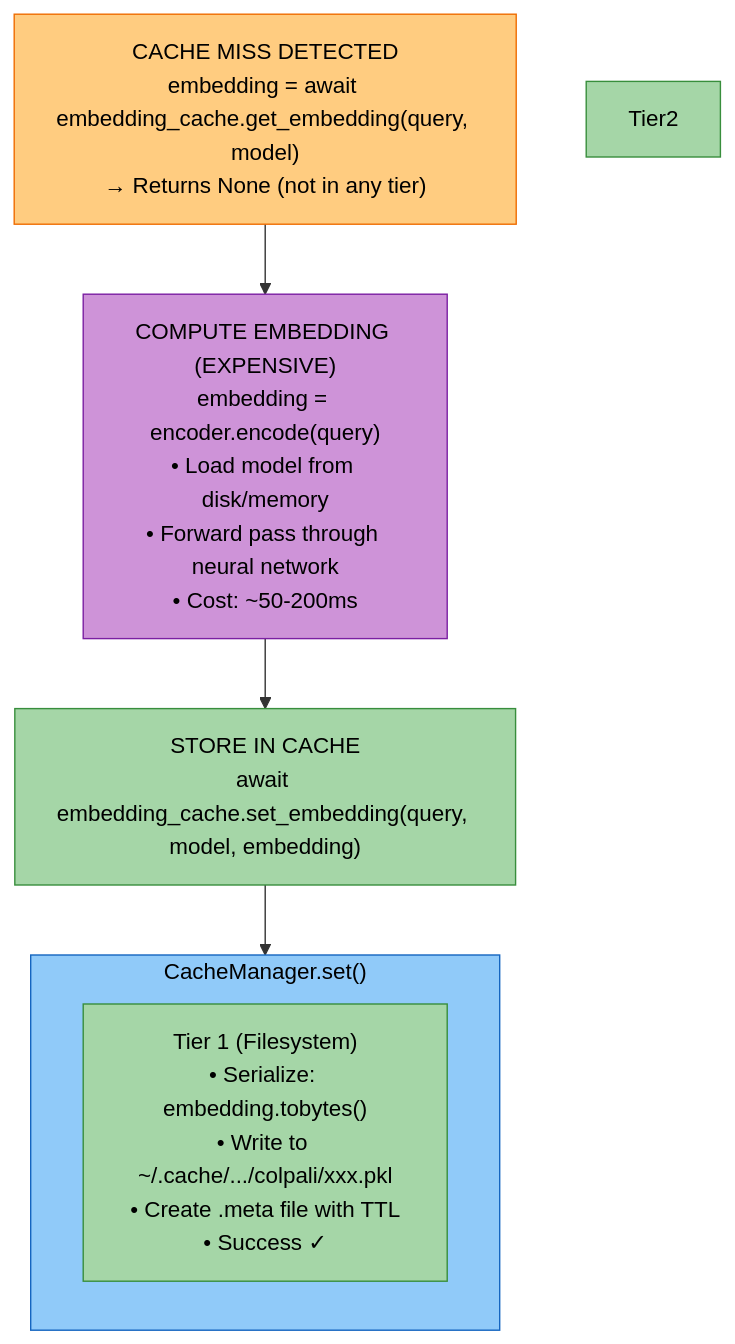
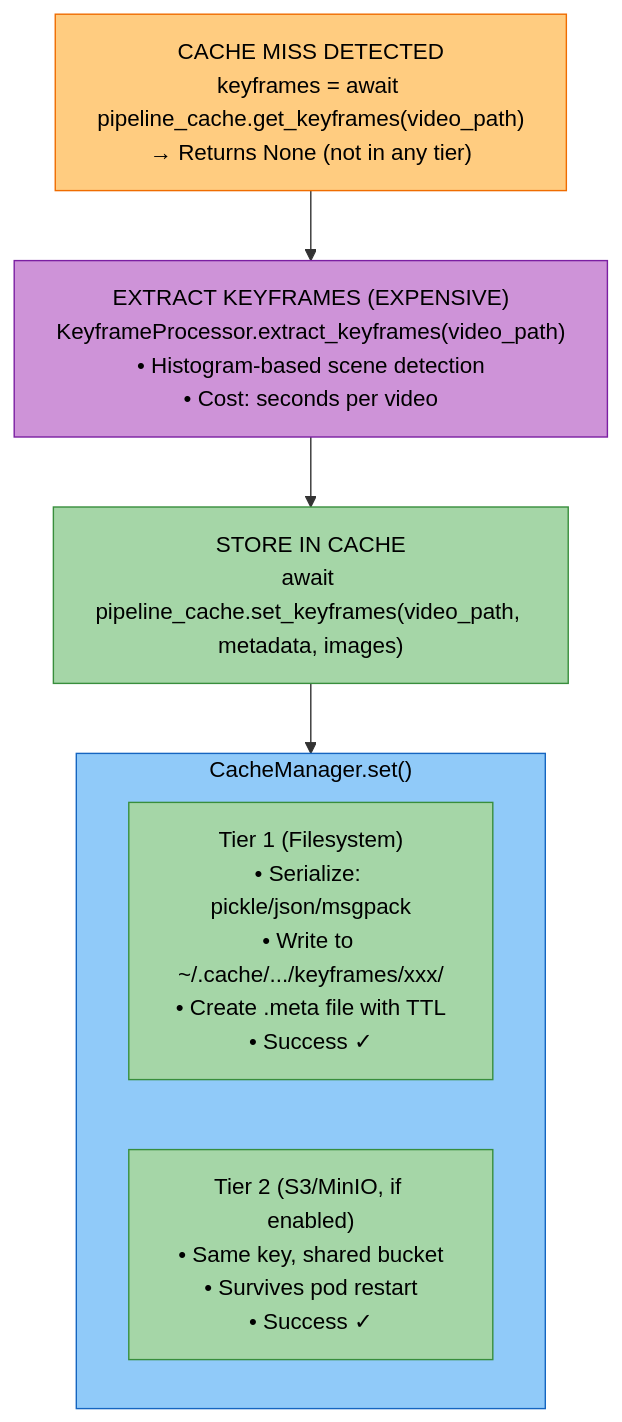
The fifth of 5 diagrams in docs/modules/cache.md (amit-jain/cogniverse), drawn with Mermaid before and after one commit. The commit also changed other lines of this file and 15 other files, not shown here.

````diff
--- a/docs/modules/cache.md
+++ b/docs/modules/cache.md
@@ -1570,23 +1521,24 @@
 ```mermaid
 flowchart TB
-    Miss["<span style='color:#000'>CACHE MISS DETECTED<br/>embedding = await embedding_cache.get_embedding(query, model)<br/>→ Returns None (not in any tier)</span>"]
+    Miss["<span style='color:#000'>CACHE MISS DETECTED<br/>keyframes = await pipeline_cache.get_keyframes(video_path)<br/>→ Returns None (not in any tier)</span>"]
 
-    Compute["<span style='color:#000'>COMPUTE EMBEDDING (EXPENSIVE)<br/>embedding = encoder.encode(query)<br/>• Load model from disk/memory<br/>• Forward pass through neural network<br/>• Cost: ~50-200ms</span>"]
+    Compute["<span style='color:#000'>EXTRACT KEYFRAMES (EXPENSIVE)<br/>KeyframeProcessor.extract_keyframes(video_path)<br/>• Histogram-based scene detection<br/>• Cost: seconds per video</span>"]
 
-    Store["<span style='color:#000'>STORE IN CACHE<br/>await embedding_cache.set_embedding(query, model, embedding)</span>"]
+    Store["<span style='color:#000'>STORE IN CACHE<br/>await pipeline_cache.set_keyframes(video_path, metadata, images)</span>"]
 
     subgraph CacheManager["<span style='color:#000'>CacheManager.set()</span>"]
-        Tier1["<span style='color:#000'>Tier 1 (Filesystem)<br/>• Serialize: embedding.tobytes()<br/>• Write to ~/.cache/.../colpali/xxx.pkl<br/>• Create .meta file with TTL<br/>• Success ✓</span>"]
+        Tier1["<span style='color:#000'>Tier 1 (Filesystem)<br/>• Serialize: pickle/json/msgpack<br/>• Write to ~/.cache/.../keyframes/xxx/<br/>• Create .meta file with TTL<br/>• Success ✓</span>"]
+        Tier2["<span style='color:#000'>Tier 2 (S3/MinIO, if enabled)<br/>• Same key, shared bucket<br/>• Survives pod restart<br/>• Success ✓</span>"]
     end
 
     Miss --> Compute
     Compute --> Store
     Store --> CacheManager
 
     style Miss fill:#ffcc80,stroke:#ef6c00,color:#000
     style Compute fill:#ce93d8,stroke:#7b1fa2,color:#000
     style Store fill:#a5d6a7,stroke:#388e3c,color:#000
     style CacheManager fill:#90caf9,stroke:#1565c0,color:#000
     style Tier1 fill:#a5d6a7,stroke:#388e3c,color:#000
     style Tier2 fill:#a5d6a7,stroke:#388e3c,color:#000
 ```
````
